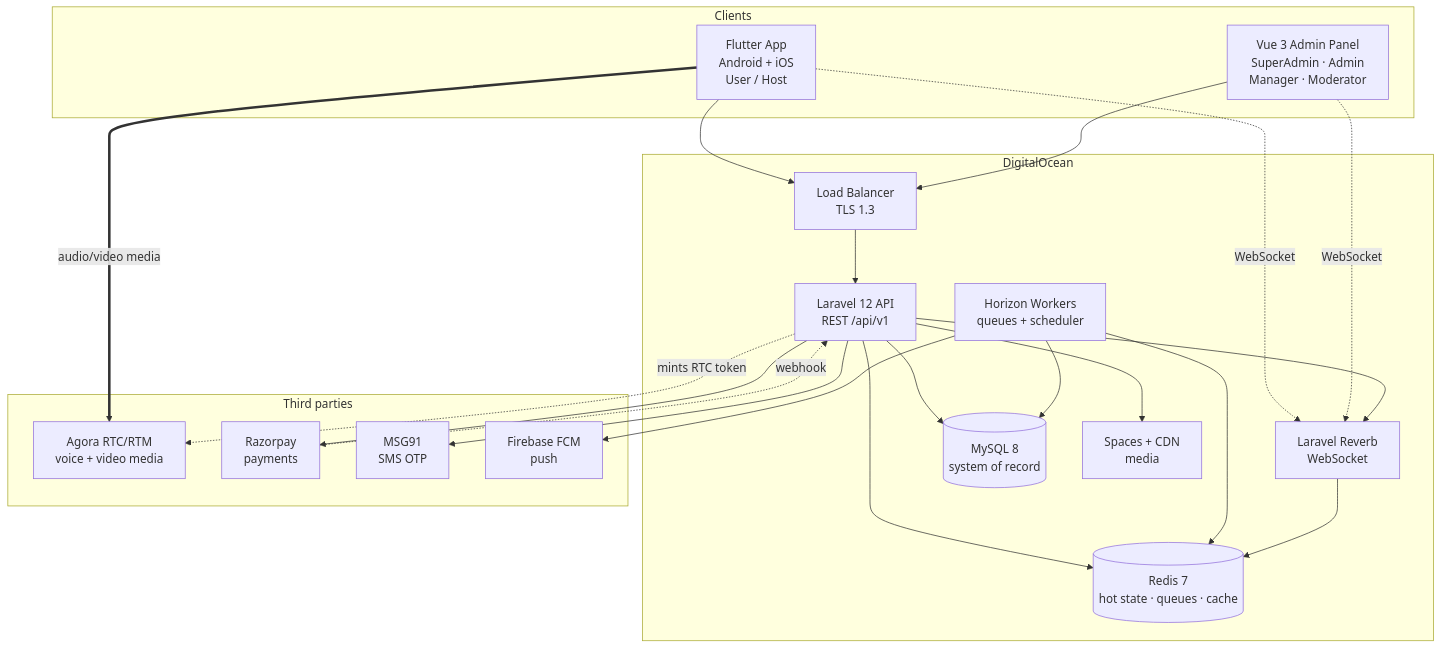
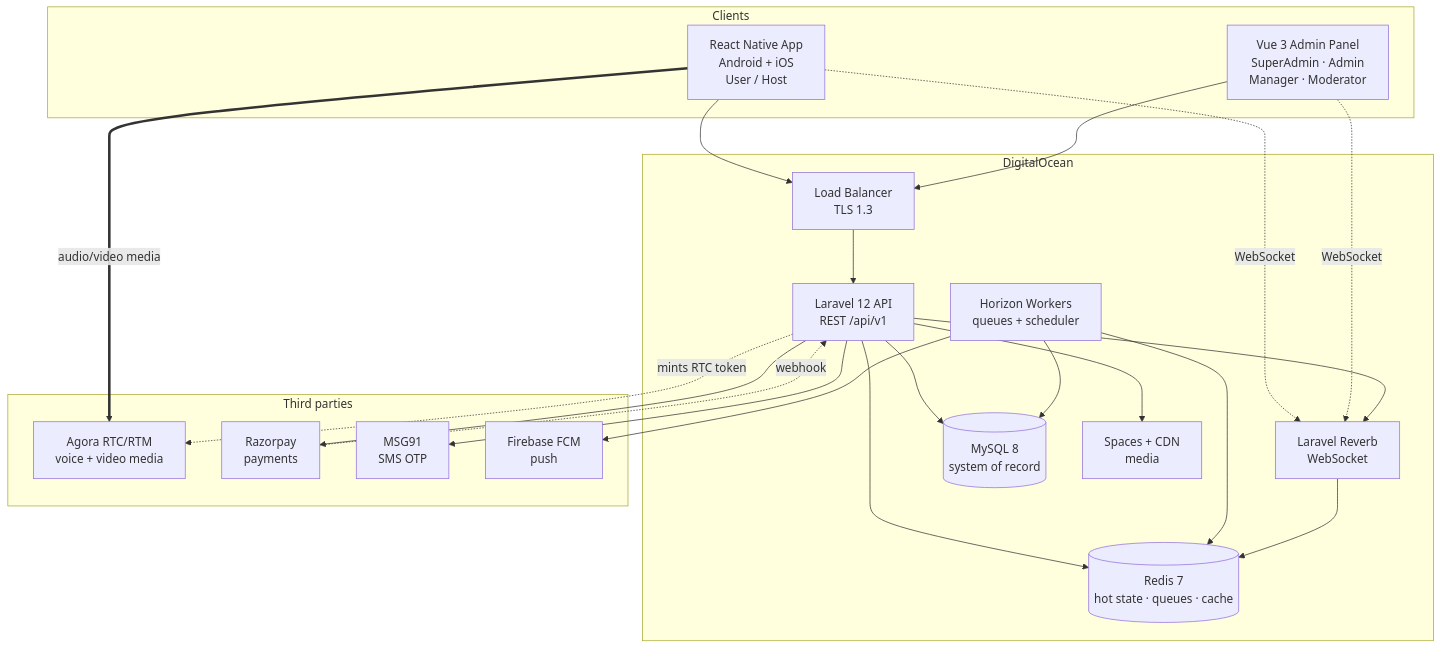
One commit to Nadirsk/Guftagu-api changed the first of 2 diagrams in docs/01-architecture.md. Above: the diagram before and after it, drawn with Mermaid. The commit also changed other lines of this file and 81 other files, not shown here.

````diff
--- a/docs/01-architecture.md
+++ b/docs/01-architecture.md
@@ -9,45 +9,45 @@
 ```mermaid
 graph TB
     subgraph Clients
-        APP[Flutter App<br/>Android + iOS<br/>User / Host]
+        APP[React Native App<br/>Android + iOS<br/>User / Host]
         WEB[Vue 3 Admin Panel<br/>SuperAdmin · Admin<br/>Manager · Moderator]
     end
 
     subgraph "DigitalOcean"
         LB[Load Balancer<br/>TLS 1.3]
         API[Laravel 12 API<br/>REST /api/v1]
         WS[Laravel Reverb<br/>WebSocket]
         Q[Horizon Workers<br/>queues + scheduler]
         MY[(MySQL 8<br/>system of record)]
         RD[(Redis 7<br/>hot state · queues · cache)]
         SP[Spaces + CDN<br/>media]
     end
 
     subgraph "Third parties"
         AG[Agora RTC/RTM<br/>voice + video media]
         RP[Razorpay<br/>payments]
         MS[MSG91<br/>SMS OTP]
         FB[Firebase FCM<br/>push]
     end
 
     APP --> LB
     WEB --> LB
     LB --> API
     APP -.WebSocket.-> WS
     WEB -.WebSocket.-> WS
     APP ==audio/video media==> AG
 
     API --> MY
     API --> RD
     API --> SP
     API --> WS
     Q --> MY
     Q --> RD
     WS --> RD
 
     API --> RP
     API --> MS
     Q --> FB
     API -.mints RTC token.-> AG
     RP -.webhook.-> API
 ```
````
